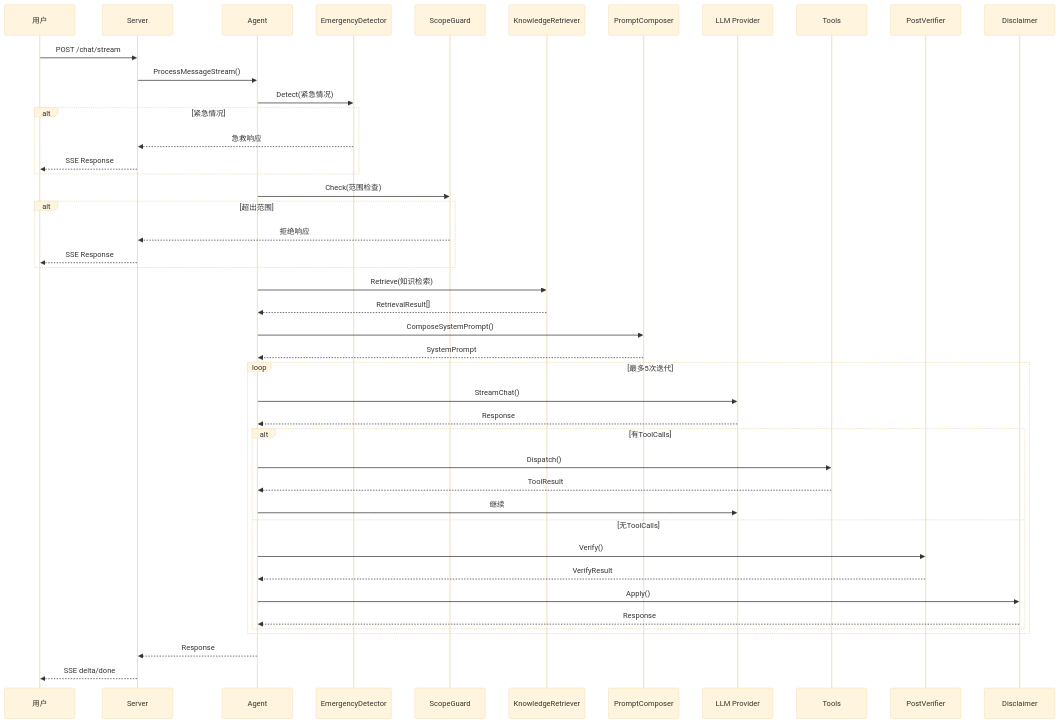
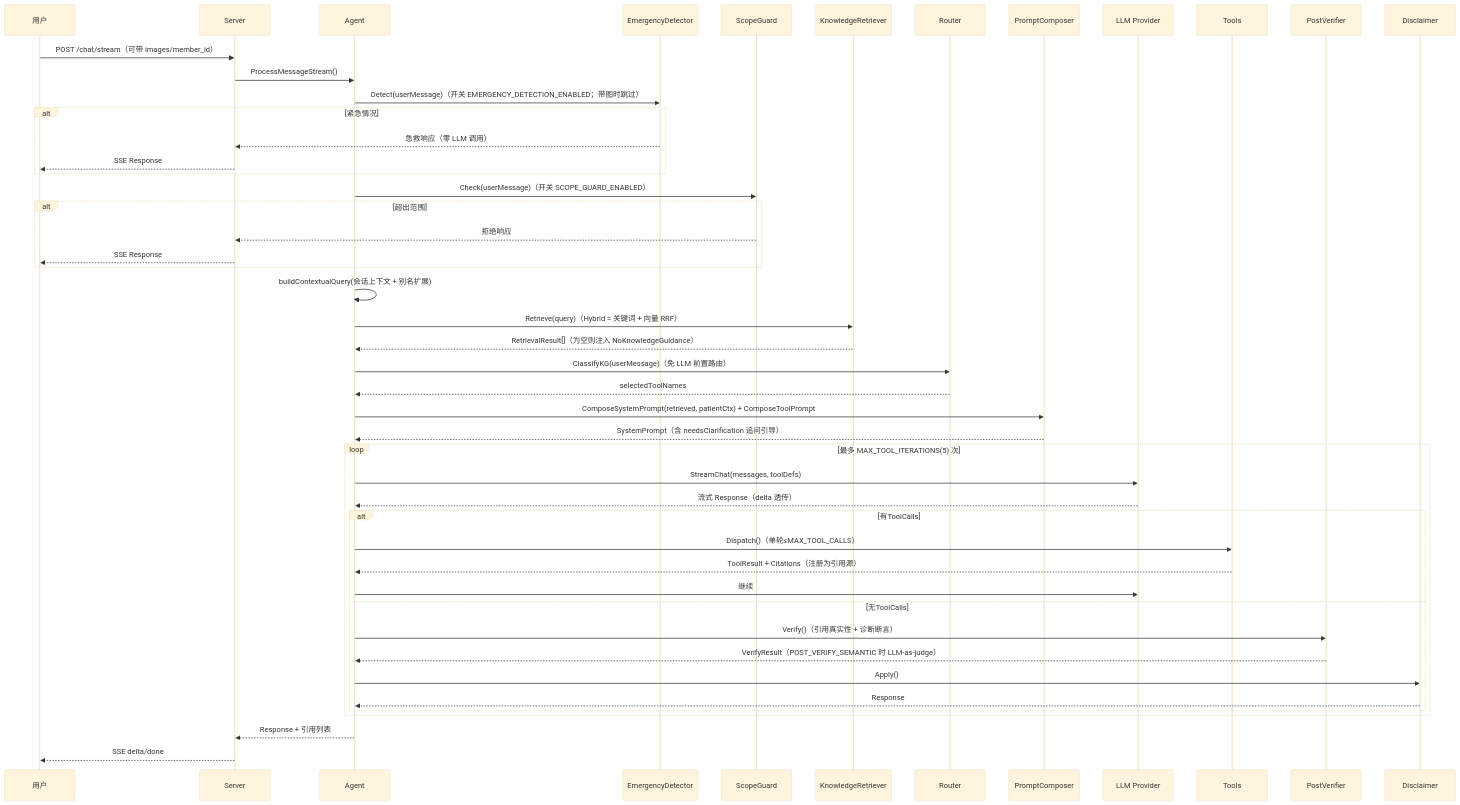
One commit to deep2code/doctor-agent changed the seventh of 7 diagrams in docs/architecture.md. Above: the diagram before and after it, drawn with Mermaid (base theme). The commit also changed other lines of this file and 101 other files, not shown here.

````diff
--- a/docs/architecture.md
+++ b/docs/architecture.md
@@ -257,54 +275,58 @@
 ```mermaid
 sequenceDiagram
     participant U as 用户
     participant S as Server
     participant A as Agent
     participant E as EmergencyDetector
     participant SC as ScopeGuard
     participant KR as KnowledgeRetriever
+    participant R as Router
     participant PC as PromptComposer
     participant LLM as LLM Provider
     participant T as Tools
     participant PV as PostVerifier
     participant D as Disclaimer
 
-    U->>S: POST /chat/stream
+    U->>S: POST /chat/stream（可带 images/member_id）
     S->>A: ProcessMessageStream()
-    
-    A->>E: Detect(紧急情况)
+
+    A->>E: Detect(userMessage)（开关 EMERGENCY_DETECTION_ENABLED；带图时跳过）
     alt 紧急情况
-        E-->>S: 急救响应
+        E-->>S: 急救响应（零 LLM 调用）
         S-->>U: SSE Response
     end
-    
-    A->>SC: Check(范围检查)
+
+    A->>SC: Check(userMessage)（开关 SCOPE_GUARD_ENABLED）
     alt 超出范围
         SC-->>S: 拒绝响应
         S-->>U: SSE Response
     end
-    
-    A->>KR: Retrieve(知识检索)
-    KR-->>A: RetrievalResult[]
-    
-    A->>PC: ComposeSystemPrompt()
-    PC-->>A: SystemPrompt
-    
-    loop 最多5次迭代
-        A->>LLM: StreamChat()
-        LLM-->>A: Response
-        
+
+    A->>A: buildContextualQuery(会话上下文 + 别名扩展)
+    A->>KR: Retrieve(query)（Hybrid = 关键词 + 向量 RRF）
+    KR-->>A: RetrievalResult[]（为空则注入 NoKnowledgeGuidance）
+
+    A->>R: ClassifyKG(userMessage)（免 LLM 前置路由）
+    R-->>A: selectedToolNames
+    A->>PC: ComposeSystemPrompt(retrieved, patientCtx) + ComposeToolPrompt
+    PC-->>A: SystemPrompt（含 needsClarification 追问引导）
+
+    loop 最多 MAX_TOOL_ITERATIONS(5) 次
+        A->>LLM: StreamChat(messages, toolDefs)
+        LLM-->>A: 流式 Response（delta 透传）
+
         alt 有ToolCalls
-            A->>T: Dispatch()
-            T-->>A: ToolResult
+            A->>T: Dispatch()（单轮≤MAX_TOOL_CALLS）
+            T-->>A: ToolResult + Citations（注册为引用源）
             A->>LLM: 继续
         else 无ToolCalls
-            A->>PV: Verify()
-            PV-->>A: VerifyResult
+            A->>PV: Verify()（引用真实性 + 诊断断言）
+            PV-->>A: VerifyResult（POST_VERIFY_SEMANTIC 时 LLM-as-judge）
             A->>D: Apply()
             D-->>A: Response
         end
     end
-    
-    A-->>S: Response
+
+    A-->>S: Response + 引用列表
     S-->>U: SSE delta/done
 ```
````
